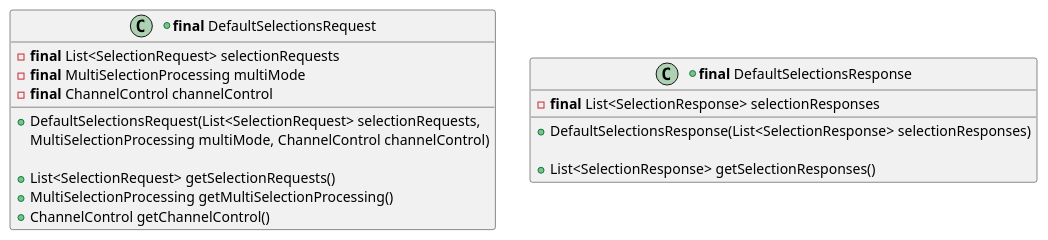
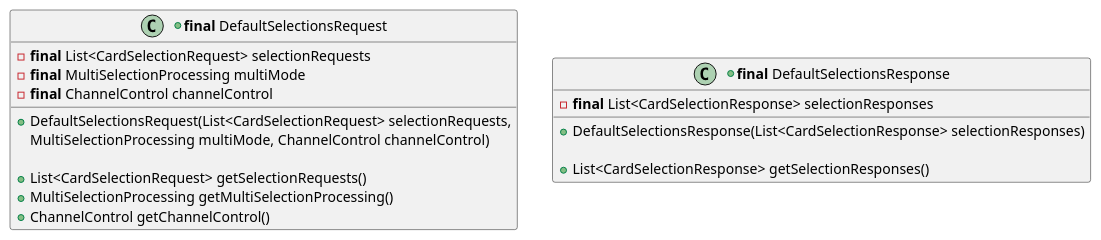
One commit to calypsonet/keyple changed the third of 7 diagrams in src/KeypleCoreApi/puml/KeypleCore_Card_ClassDiag_ClassElements.iuml. Above: the diagram before and after it, drawn with PlantUML. The commit also changed other lines of this file and 2 other files, not shown here.

Commit message:
Rename SelectionRequest

```diff
--- a/src/KeypleCoreApi/puml/KeypleCore_Card_ClassDiag_ClassElements.iuml
+++ b/src/KeypleCoreApi/puml/KeypleCore_Card_ClassDiag_ClassElements.iuml
@@ -32,22 +32,22 @@
 @startuml(id=CARD_DEFAULTSELECTION_1_0_0)
 +class "<b>final</b> DefaultSelectionsRequest" as DefaultSelectionsRequest {
-  -<b>final</b> List<SelectionRequest> selectionRequests
+  -<b>final</b> List<CardSelectionRequest> selectionRequests
   -<b>final</b> MultiSelectionProcessing multiMode
   -<b>final</b> ChannelControl channelControl
 '
-  +DefaultSelectionsRequest(List<SelectionRequest> selectionRequests,
+  +DefaultSelectionsRequest(List<CardSelectionRequest> selectionRequests,
     MultiSelectionProcessing multiMode, ChannelControl channelControl)
 
-  +List<SelectionRequest> getSelectionRequests()
+  +List<CardSelectionRequest> getSelectionRequests()
   +MultiSelectionProcessing getMultiSelectionProcessing()
   +ChannelControl getChannelControl()
 }
 
 +class "<b>final</b> DefaultSelectionsResponse" as DefaultSelectionsResponse {
-  -<b>final</b> List<SelectionResponse> selectionResponses
+  -<b>final</b> List<CardSelectionResponse> selectionResponses
 '
-  +DefaultSelectionsResponse(List<SelectionResponse> selectionResponses)
+  +DefaultSelectionsResponse(List<CardSelectionResponse> selectionResponses)
 
-  +List<SelectionResponse> getSelectionResponses()
+  +List<CardSelectionResponse> getSelectionResponses()
 }
 @enduml
```
